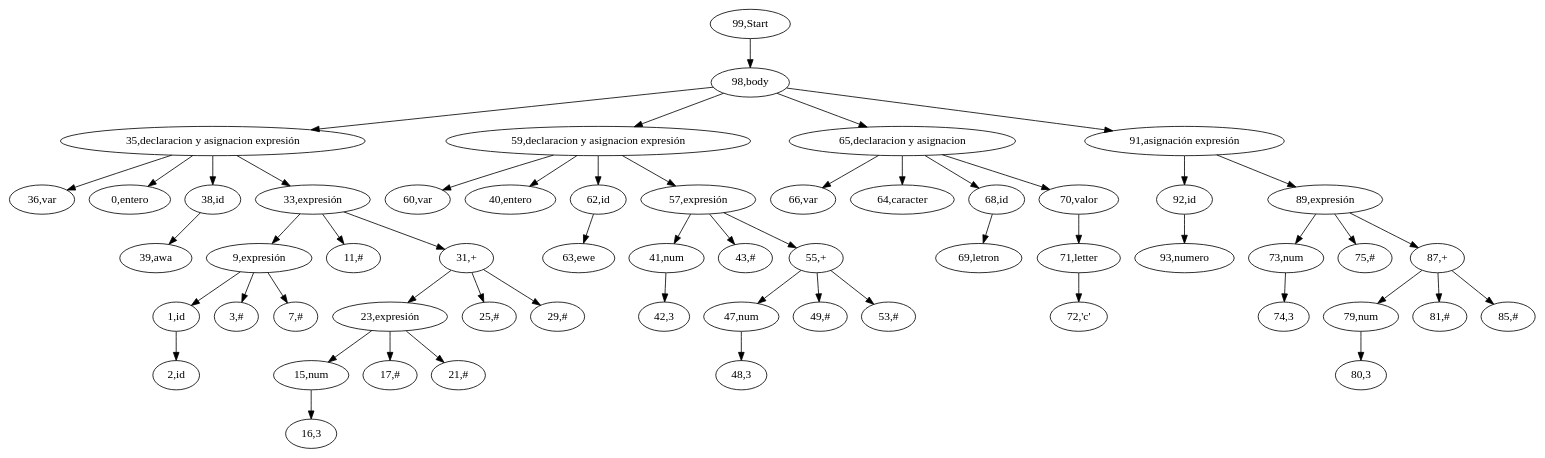
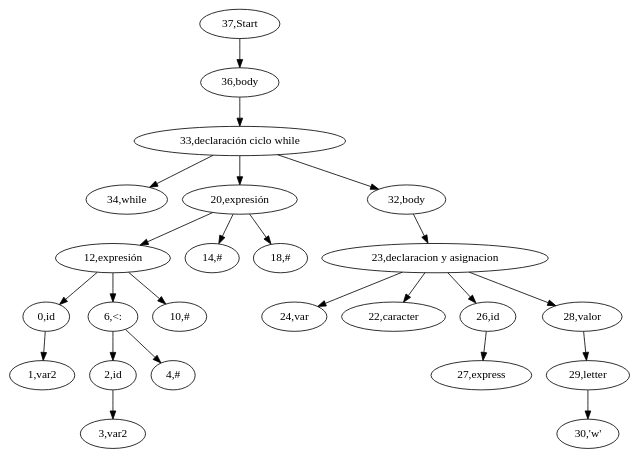
One commit to mata889/Compilacion_Proyect changed the diagram in src/AST/AST.dot. Above: the diagram before and after it, drawn with Graphviz. The commit also changed 6 other files, not shown here.

```diff
--- a/src/AST/AST.dot
+++ b/src/AST/AST.dot
@@ -1,58 +1,26 @@
 digraph {
-"99,Start" -> "98,body";
-"98,body" -> "35,declaracion y asignacion expresión";
-"35,declaracion y asignacion expresión" -> "36,var";
-"35,declaracion y asignacion expresión" -> "0,entero";
-"35,declaracion y asignacion expresión" -> "38,id";
-"38,id" -> "39,awa";
-"35,declaracion y asignacion expresión" -> "33,expresión";
-"33,expresión" -> "9,expresión";
-"9,expresión" -> "1,id";
-"1,id" -> "2,id";
-"9,expresión" -> "3,#";
-"9,expresión" -> "7,#";
-"33,expresión" -> "11,#";
-"33,expresión" -> "31,+";
-"31,+" -> "23,expresión";
-"23,expresión" -> "15,num";
-"15,num" -> "16,3";
-"23,expresión" -> "17,#";
-"23,expresión" -> "21,#";
-"31,+" -> "25,#";
-"31,+" -> "29,#";
-"98,body" -> "59,declaracion y asignacion expresión";
-"59,declaracion y asignacion expresión" -> "60,var";
-"59,declaracion y asignacion expresión" -> "40,entero";
-"59,declaracion y asignacion expresión" -> "62,id";
-"62,id" -> "63,ewe";
-"59,declaracion y asignacion expresión" -> "57,expresión";
-"57,expresión" -> "41,num";
-"41,num" -> "42,3";
-"57,expresión" -> "43,#";
-"57,expresión" -> "55,+";
-"55,+" -> "47,num";
-"47,num" -> "48,3";
-"55,+" -> "49,#";
-"55,+" -> "53,#";
-"98,body" -> "65,declaracion y asignacion";
-"65,declaracion y asignacion" -> "66,var";
-"65,declaracion y asignacion" -> "64,caracter";
-"65,declaracion y asignacion" -> "68,id";
-"68,id" -> "69,letron";
-"65,declaracion y asignacion" -> "70,valor";
-"70,valor" -> "71,letter";
-"71,letter" -> "72,'c'";
-"98,body" -> "91,asignación expresión";
-"91,asignación expresión" -> "92,id";
-"92,id" -> "93,numero";
-"91,asignación expresión" -> "89,expresión";
-"89,expresión" -> "73,num";
-"73,num" -> "74,3";
-"89,expresión" -> "75,#";
-"89,expresión" -> "87,+";
-"87,+" -> "79,num";
-"79,num" -> "80,3";
-"87,+" -> "81,#";
-"87,+" -> "85,#";
+"37,Start" -> "36,body";
+"36,body" -> "33,declaración ciclo while";
+"33,declaración ciclo while" -> "34,while";
+"33,declaración ciclo while" -> "20,expresión";
+"20,expresión" -> "12,expresión";
+"12,expresión" -> "0,id";
+"0,id" -> "1,var2";
+"12,expresión" -> "6,<:";
+"6,<:" -> "2,id";
+"2,id" -> "3,var2";
+"6,<:" -> "4,#";
+"12,expresión" -> "10,#";
+"20,expresión" -> "14,#";
+"20,expresión" -> "18,#";
+"33,declaración ciclo while" -> "32,body";
+"32,body" -> "23,declaracion y asignacion";
+"23,declaracion y asignacion" -> "24,var";
+"23,declaracion y asignacion" -> "22,caracter";
+"23,declaracion y asignacion" -> "26,id";
+"26,id" -> "27,express";
+"23,declaracion y asignacion" -> "28,valor";
+"28,valor" -> "29,letter";
+"29,letter" -> "30,'w'";
 
 }
```
